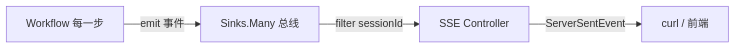
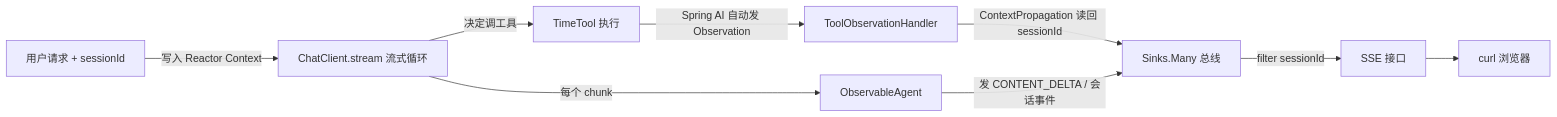
The diagram in docs/tutorials/spring-ai-2.0/33a-Agent可观测性最小实战.md (UranusGit/java-agent-learn), drawn with Mermaid before and after one commit. The commit also changed other lines of this file and 1 other file, not shown here.

````diff
--- a/docs/tutorials/spring-ai-2.0/33a-Agent可观测性最小实战.md
+++ b/docs/tutorials/spring-ai-2.0/33a-Agent可观测性最小实战.md
@@ -36,6 +46,11 @@
 ```mermaid
 flowchart LR
-    A[Workflow 每一步] -->|emit 事件| B[Sinks.Many 总线]
-    B -->|filter sessionId| C[SSE Controller]
-    C -->|ServerSentEvent| D[curl / 前端]
+    U[用户请求 + sessionId] -->|写入 Reactor Context| CC[ChatClient.stream 流式循环]
+    CC -->|决定调工具| T[TimeTool 执行]
+    T -->|Spring AI 自动发 Observation| H[ToolObservationHandler]
+    H -->|ContextPropagation 读回 sessionId| BUS[Sinks.Many 总线]
+    CC -->|每个 chunk| AG[ObservableAgent]
+    AG -->|发 CONTENT_DELTA / 会话事件| BUS
+    BUS -->|filter sessionId| SSE[SSE 接口]
+    SSE --> FE[curl 浏览器]
 ```
````
